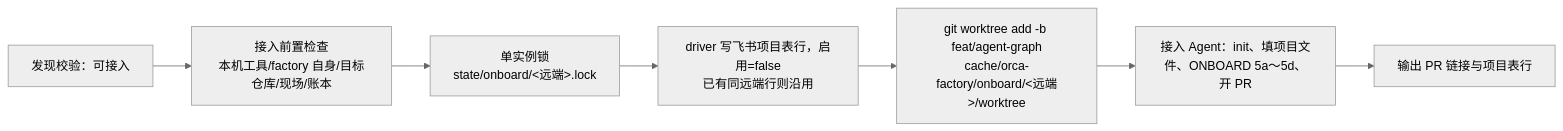
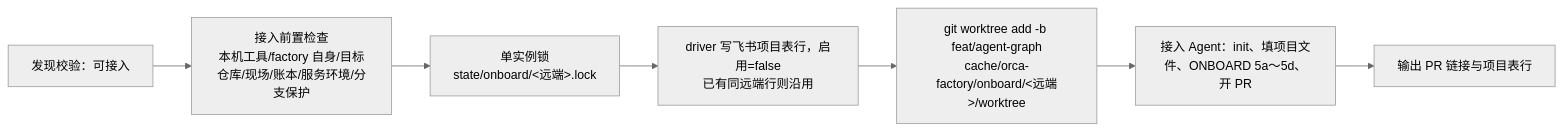
The first of 2 diagrams in driver/README.md (vmxmy/orca-factory), drawn with Mermaid (neutral theme) before and after one commit. The commit also changed other lines of this file and 3 other files, not shown here.

````diff
--- a/driver/README.md
+++ b/driver/README.md
@@ -141,9 +141,9 @@
 ```mermaid
 flowchart LR
-    A[发现校验：可接入] --> P[接入前置检查<br/>本机工具/factory 自身/目标仓库/现场/账本]
+    A[发现校验：可接入] --> P[接入前置检查<br/>本机工具/factory 自身/目标仓库/现场/账本/服务环境/分支保护]
     P --> B[单实例锁<br/>state/onboard/&lt;远端&gt;.lock]
     B --> E[driver 写飞书项目表行，启用=false<br/>已有同远端行则沿用]
     E --> C[git worktree add -b feat/agent-graph<br/>cache/orca-factory/onboard/&lt;远端&gt;/worktree]
     C --> D[接入 Agent：init、填项目文件、ONBOARD 5a～5d、开 PR]
     D --> F[输出 PR 链接与项目表行]
 ```
````
